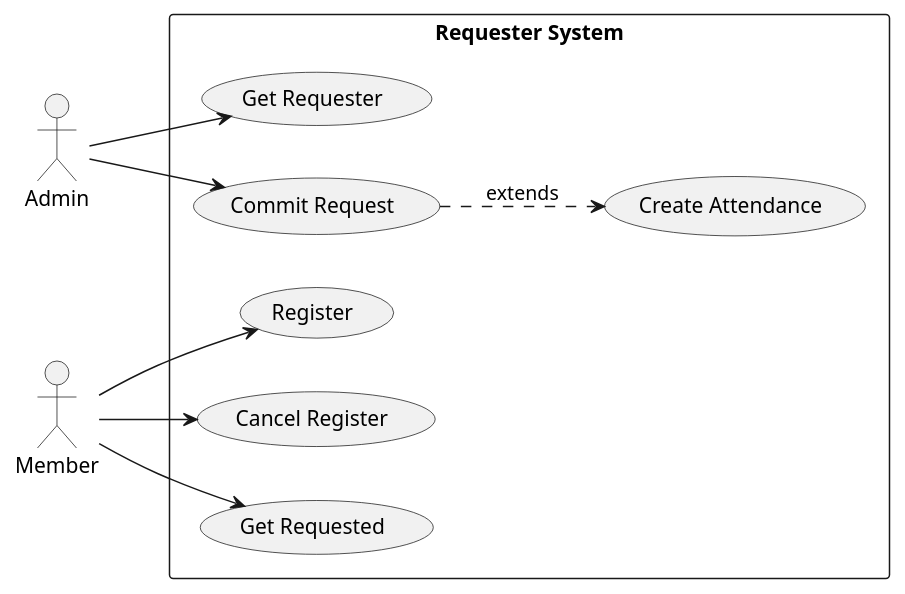
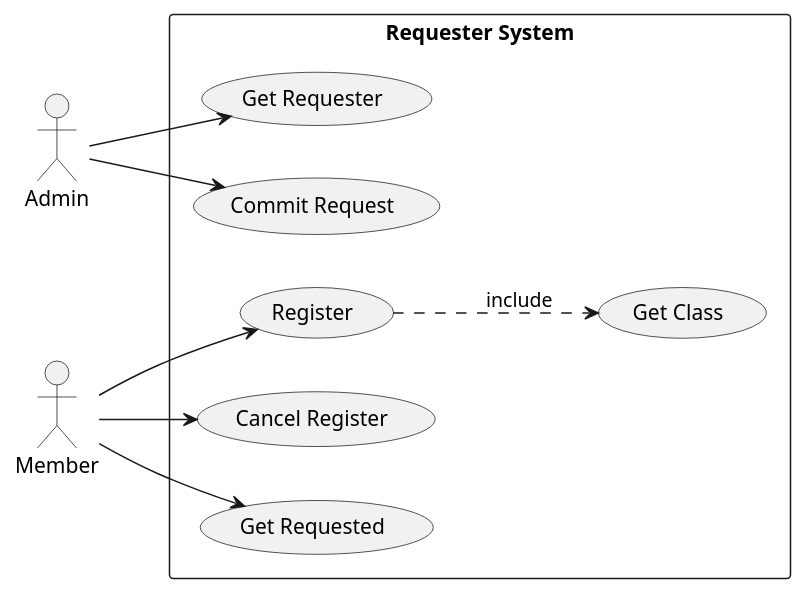
The diagram in UseCase/Release03/RequesterSubSystem.wsd (fwidjaya20/fazzlearning-uml), drawn with PlantUML before and after one commit. The commit also changed 30 other files, not shown here.

```diff
--- a/UseCase/Release03/RequesterSubSystem.wsd
+++ b/UseCase/Release03/RequesterSubSystem.wsd
@@ -1,23 +1,23 @@
 @startuml RequesterSubSystem
 
 left to right direction
 
 skinparam Monochrome true
 skinparam Shadowing false
 skinparam packageStyle rectangle
 
 actor Admin
 actor Member
 
 rectangle "Requester System" {
     Member --> (Register)
     Admin --> (Get Requester)
     
     Member --> (Cancel Register)
     Admin --> (Commit Request)
     Member --> (Get Requested)
 
-    (Commit Request) ..> (Create Attendance) : extends
+    (Register) ..> (Get Class) : include
 }
 
 @enduml
```
